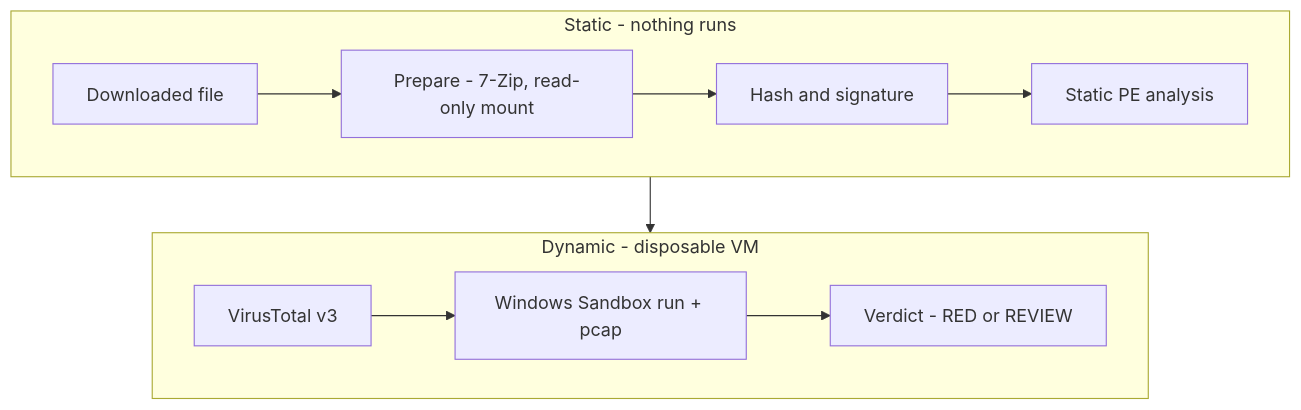
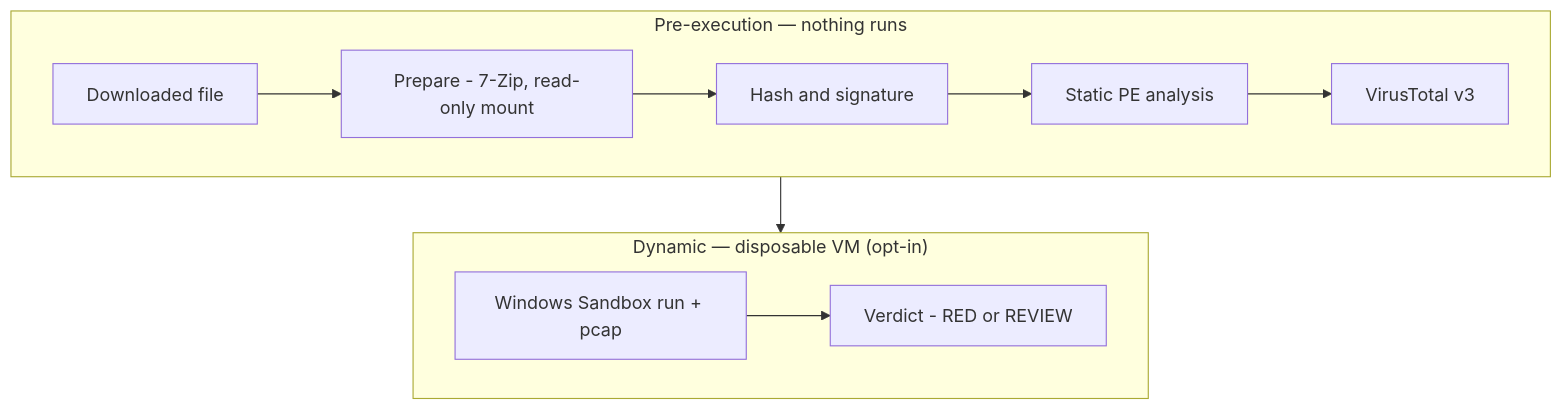
Before and after one commit to erkinavcii/erkinavcii: the second of 4 diagrams in README.md, drawn with Mermaid. The commit also changed other lines of this file, not shown here.

Commit message:
docs: fix SafeBox Mermaid stage grouping and list AI Resume Optimizer in More Projects

````diff
--- a/README.md
+++ b/README.md
@@ -148,15 +148,15 @@
 ```mermaid
 flowchart TB
-    subgraph S1 [Static - nothing runs]
+    subgraph S1 ["Pre-execution — nothing runs"]
         direction LR
         A[Downloaded file] --> B[Prepare - 7-Zip, read-only mount]
         B --> C[Hash and signature]
         C --> D[Static PE analysis]
+        D --> E[VirusTotal v3]
     end
-    subgraph S2 [Dynamic - disposable VM]
+    subgraph S2 ["Dynamic — disposable VM (opt-in)"]
         direction LR
-        E[VirusTotal v3] --> F[Windows Sandbox run + pcap]
-        F --> G[Verdict - RED or REVIEW]
+        F[Windows Sandbox run + pcap] --> G[Verdict - RED or REVIEW]
     end
-    S1 --> S2
+    E --> F
 ```
````
